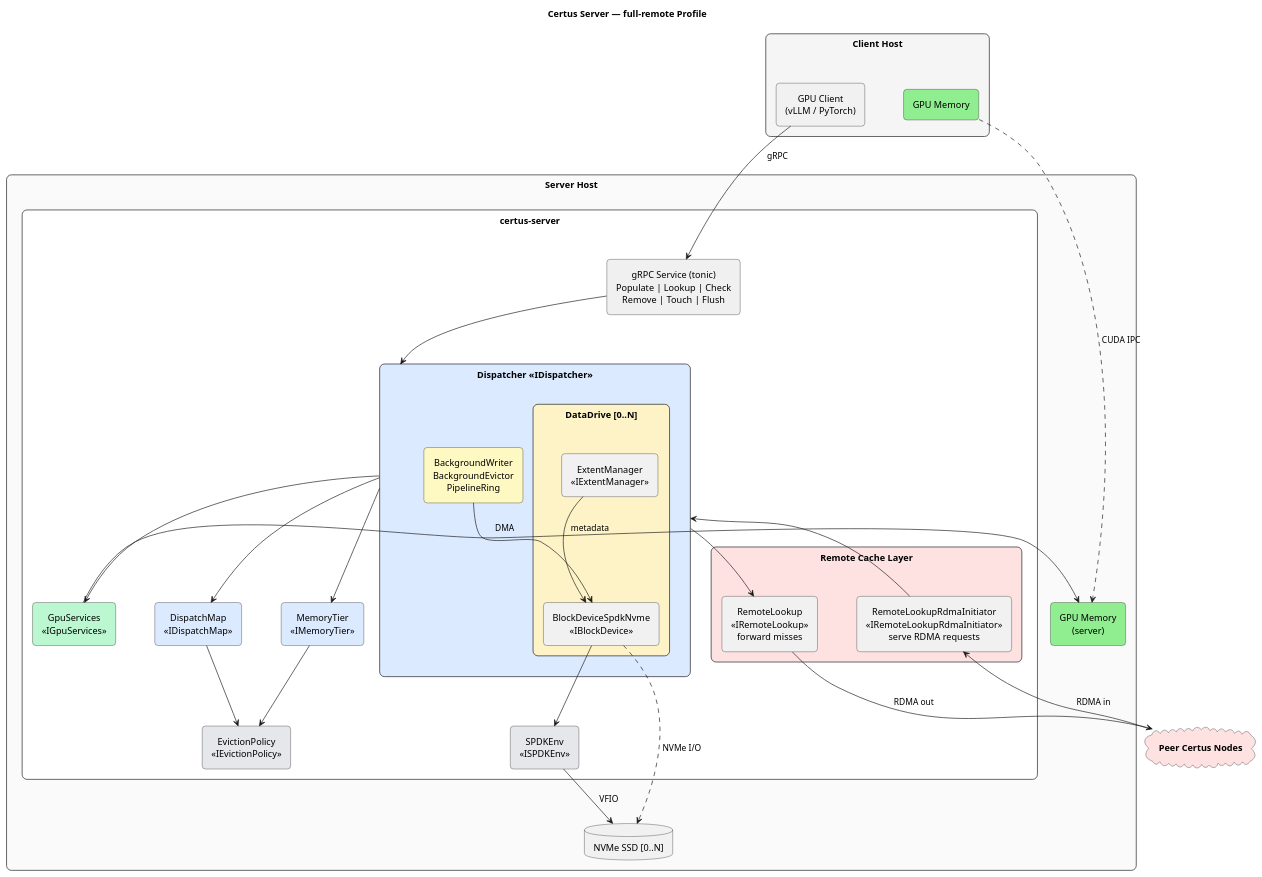
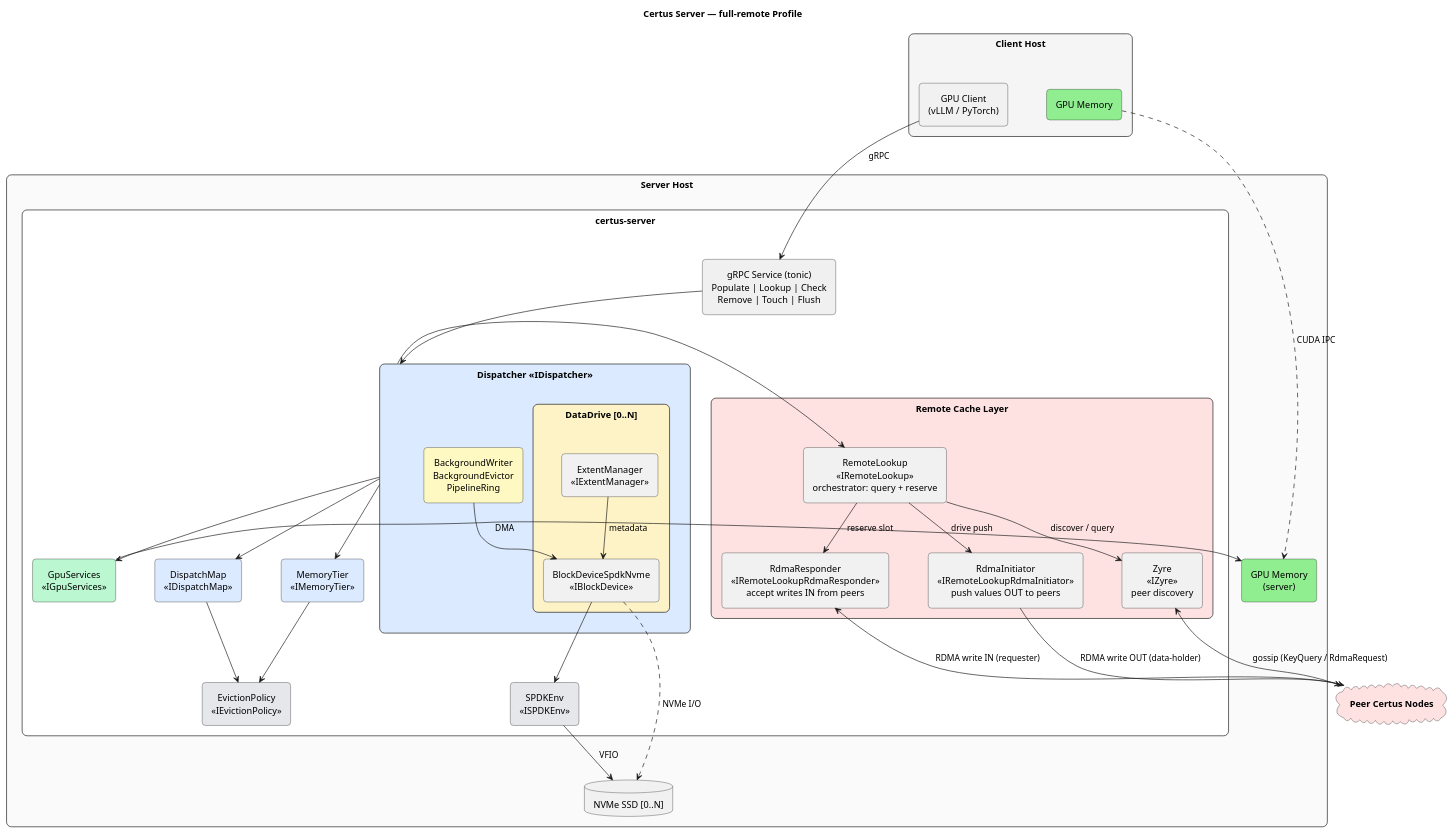
One commit to AI-native-Systems-Research/ai-native-storage-certus changed the diagram in design/profiles/full-remote/certus-server-deployment.puml. Above: the diagram before and after it, drawn with PlantUML. The commit also changed 13 other files, not shown here.

First line of the commit message:
docs(design): add architecture overview graphic; sync full-remote docs to code

```diff
--- a/design/profiles/full-remote/certus-server-deployment.puml
+++ b/design/profiles/full-remote/certus-server-deployment.puml
@@ -1,90 +1,95 @@
 @startuml
 skinparam defaultTextAlignment center
 skinparam padding 4
 skinparam nodesep 60
 skinparam ranksep 50
 skinparam rectangle {
     RoundCorner 15
 }
 skinparam agent {
     RoundCorner 10
 }
 hide stereotype
 
 title Certus Server — full-remote Profile
 
 ' ============================================================
 ' CLIENT
 ' ============================================================
 rectangle "**Client Host**" as client_box #F5F5F5 {
     agent "GPU Client\n(vLLM / PyTorch)" as pyclient
     agent "GPU Memory" as client_gpu #LightGreen
 }
 
 ' ============================================================
 ' SERVER
 ' ============================================================
 rectangle "**Server Host**" as server_box #FAFAFA {
 
     rectangle "certus-server" as server_proc #White {
 
         agent "gRPC Service (tonic)\nPopulate | Lookup | Check\nRemove | Touch | Flush" as grpc #F0F0F0
 
         rectangle "**Dispatcher** <<IDispatcher>>" as dispatcher #DBEAFE {
             rectangle "DataDrive [0..N]" as data_drive #FEF3C7 {
                 agent "BlockDeviceSpdkNvme\n<<IBlockDevice>>" as blkdev
                 agent "ExtentManager\n<<IExtentManager>>" as extmgr
             }
             agent "BackgroundWriter\nBackgroundEvictor\nPipelineRing" as disp_bg #FEF9C3
         }
 
         agent "DispatchMap\n<<IDispatchMap>>" as dispatch_map #DBEAFE
         agent "MemoryTier\n<<IMemoryTier>>" as memory_tier #DBEAFE
         agent "EvictionPolicy\n<<IEvictionPolicy>>" as eviction #E5E7EB
         agent "GpuServices\n<<IGpuServices>>" as gpu_svc #BBF7D0
         agent "SPDKEnv\n<<ISPDKEnv>>" as spdk_env #E5E7EB
 
         rectangle "**Remote Cache Layer**" as remote_box #FEE2E2 {
-            agent "RemoteLookup\n<<IRemoteLookup>>\nforward misses" as remote_lookup
-            agent "RemoteLookupRdmaInitiator\n<<IRemoteLookupRdmaInitiator>>\nserve RDMA requests" as remote_handler
+            agent "RemoteLookup\n<<IRemoteLookup>>\norchestrator: query + reserve" as remote_lookup
+            agent "RdmaInitiator\n<<IRemoteLookupRdmaInitiator>>\npush values OUT to peers" as remote_initiator
+            agent "RdmaResponder\n<<IRemoteLookupRdmaResponder>>\naccept writes IN from peers" as remote_responder
+            agent "Zyre\n<<IZyre>>\npeer discovery" as remote_zyre
         }
     }
 
     agent "GPU Memory\n(server)" as server_gpu #LightGreen
     database "NVMe SSD [0..N]" as nvme_data
 }
 
 cloud "**Peer Certus Nodes**" as peers #FEE2E2
 
 ' ============================================================
 ' CONNECTIONS
 ' ============================================================
 
 pyclient -down-> grpc : gRPC
 client_gpu .down.> server_gpu : CUDA IPC
 
 grpc -down-> dispatcher
 
 dispatcher -down-> dispatch_map
 dispatcher -down-> memory_tier
 dispatcher -down-> gpu_svc
 dispatcher -right-> remote_lookup
 
 dispatch_map -down-> eviction
 memory_tier -down-> eviction
 
 disp_bg --> blkdev
 blkdev -down-> spdk_env
 extmgr --> blkdev : metadata
 
-remote_handler -up-> dispatcher
+remote_lookup -down-> remote_initiator : drive push
+remote_lookup -down-> remote_responder : reserve slot
+remote_lookup -down-> remote_zyre : discover / query
 
 gpu_svc -right-> server_gpu : DMA
 
 spdk_env -down-> nvme_data : VFIO
 blkdev .down.> nvme_data : NVMe I/O
 
-remote_lookup -down-> peers : RDMA out
-peers -up-> remote_handler : RDMA in
+remote_zyre <-down-> peers : gossip (KeyQuery / RdmaRequest)
+remote_initiator -down-> peers : RDMA write OUT (data-holder)
+peers -up-> remote_responder : RDMA write IN (requester)
 
 @enduml
```
